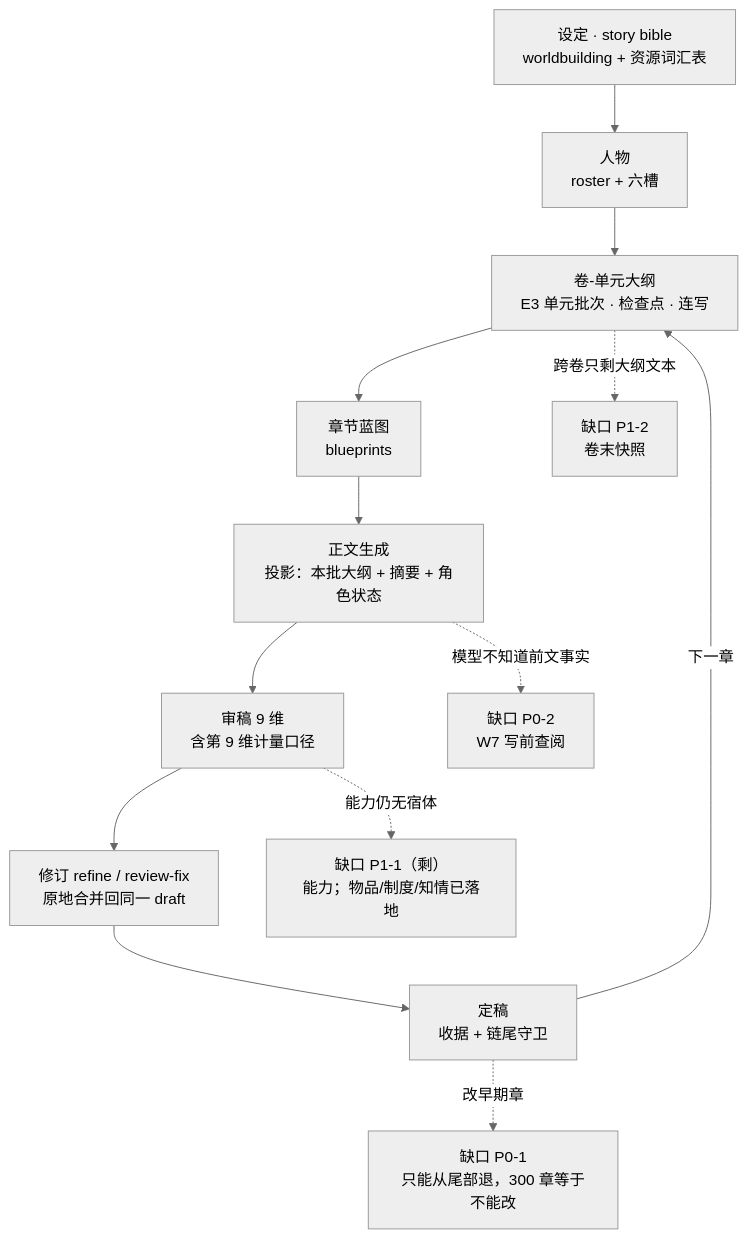
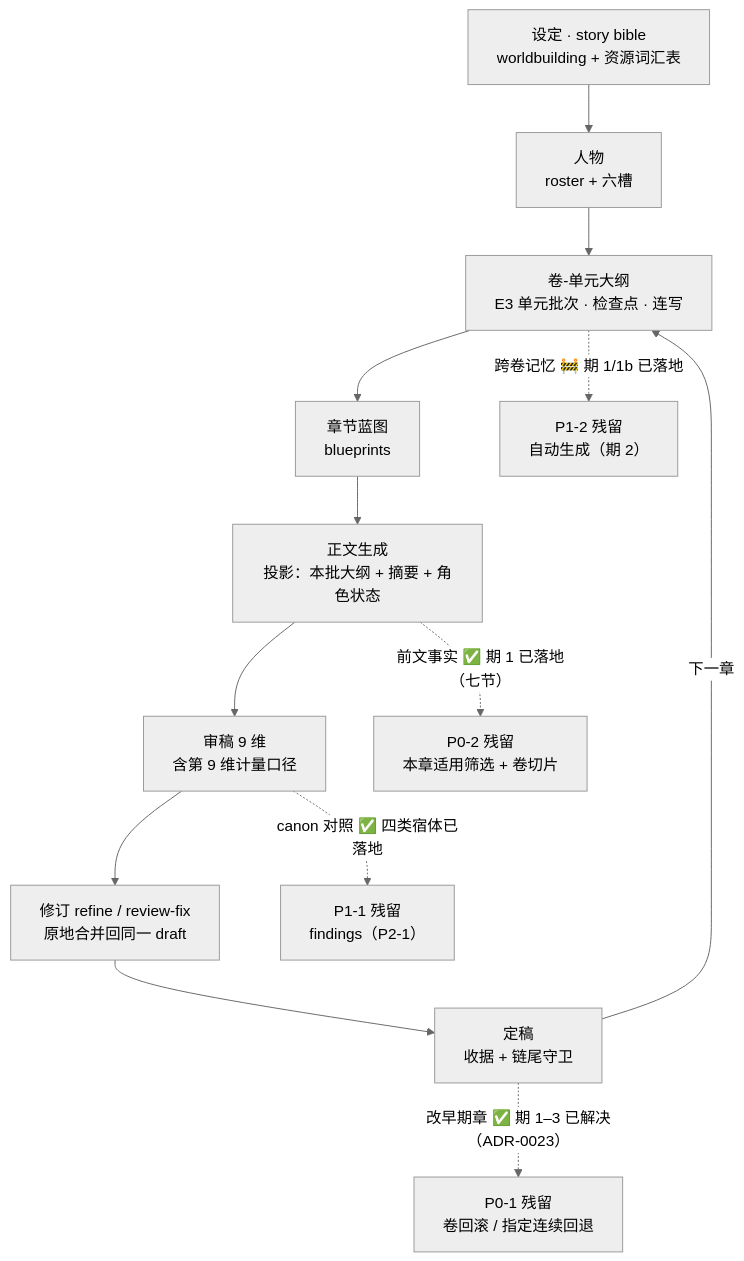
The diagram in docs/design/architecture/long-form-readiness-review.md (byfbaish/AI-Novel-Writer), drawn with Mermaid (neutral theme) before and after one commit. The commit also changed other lines of this file and 1 other file, not shown here.

````diff
--- a/docs/design/architecture/long-form-readiness-review.md
+++ b/docs/design/architecture/long-form-readiness-review.md
@@ -38,15 +38,15 @@
 ```mermaid
 flowchart TD
   A["设定 · story bible<br/>worldbuilding + 资源词汇表"] --> B["人物<br/>roster + 六槽"]
   B --> C["卷-单元大纲<br/>E3 单元批次 · 检查点 · 连写"]
   C --> D["章节蓝图<br/>blueprints"]
   D --> E["正文生成<br/>投影：本批大纲 + 摘要 + 角色状态"]
   E --> F["审稿 9 维<br/>含第 9 维计量口径"]
   F --> G["修订 refine / review-fix<br/>原地合并回同一 draft"]
   G --> H["定稿<br/>收据 + 链尾守卫"]
   H -->|下一章| C
-  H -.->|"改早期章"| X1["缺口 P0-1<br/>只能从尾部退，300 章等于不能改"]
-  E -.->|"模型不知道前文事实"| X2["缺口 P0-2<br/>W7 写前查阅"]
-  C -.->|"跨卷只剩大纲文本"| X3["缺口 P1-2<br/>卷末快照"]
-  F -.->|"能力仍无宿体"| X4["缺口 P1-1（剩）<br/>能力；物品/制度/知情已落地"]
+  H -.->|"改早期章 ✅ 期 1–3 已解决（ADR-0023）"| X1["P0-1 残留<br/>卷回滚 / 指定连续回退"]
+  E -.->|"前文事实 ✅ 期 1 已落地（七节）"| X2["P0-2 残留<br/>本章适用筛选 + 卷切片"]
+  C -.->|"跨卷记忆 🚧 期 1/1b 已落地"| X3["P1-2 残留<br/>自动生成（期 2）"]
+  F -.->|"canon 对照 ✅ 四类宿体已落地"| X4["P1-1 残留<br/>findings（P2-1）"]
 ```
````
